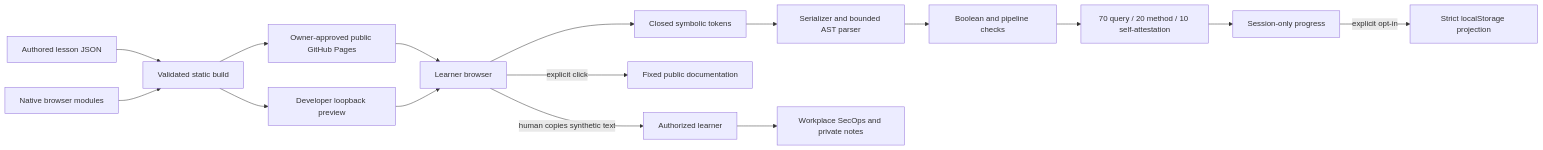
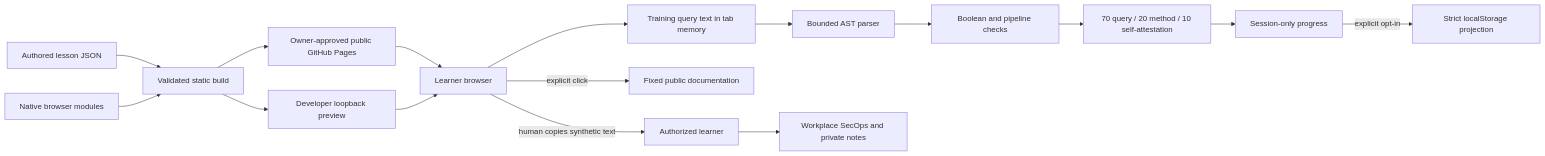
One commit to mwill20/KC7-SecOps changed the diagram in docs/ARCHITECTURE.md. Above: the diagram before and after it, drawn with Mermaid. The commit also changed other lines of this file and 55 other files, not shown here.

````diff
--- a/docs/ARCHITECTURE.md
+++ b/docs/ARCHITECTURE.md
@@ -7,18 +7,18 @@
 ```mermaid
 flowchart LR
   Content[Authored lesson JSON] --> Build[Validated static build]
   Code[Native browser modules] --> Build
   Build --> Host[Owner-approved public GitHub Pages]
   Build --> Preview[Developer loopback preview]
   Host --> Browser[Learner browser]
   Preview --> Browser
-  Browser --> Tokens[Closed symbolic tokens]
-  Tokens --> Parse[Serializer and bounded AST parser]
+  Browser --> Editor[Training query text in tab memory]
+  Editor --> Parse[Bounded AST parser]
   Parse --> Grade[Boolean and pipeline checks]
   Grade --> Score[70 query / 20 method / 10 self-attestation]
   Score --> Memory[Session-only progress]
   Memory -->|explicit opt-in| Store[Strict localStorage projection]
   Browser -->|explicit click| Docs[Fixed public documentation]
   Browser -->|human copies synthetic text| Human[Authorized learner]
   Human --> SecOps[Workplace SecOps and private notes]
 ```
````
